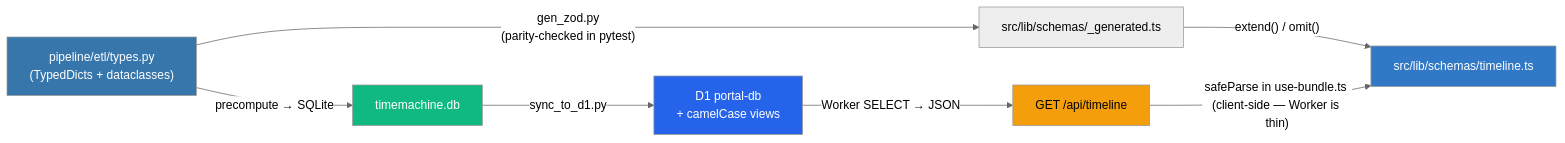
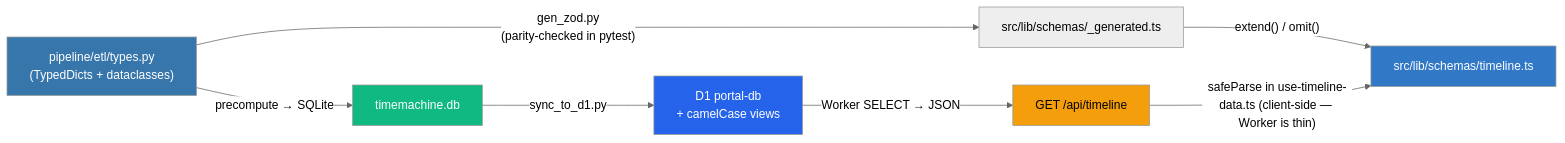
Before and after one commit to Guoyuer/portal: the third of 3 diagrams in README.md, drawn with Mermaid (neutral theme). The commit also changed other lines of this file and 2 other files, not shown here.

First line of the commit message:
docs: update diagrams + prose for the useBundle split

````diff
--- a/README.md
+++ b/README.md
@@ -271,15 +274,15 @@
 ```mermaid
 graph LR
     PY["pipeline/etl/types.py<br/>(TypedDicts + dataclasses)"] -->|"gen_zod.py<br/>(parity-checked in pytest)"| GEN["src/lib/schemas/_generated.ts"]
     PY -->|"precompute → SQLite"| DB["timemachine.db"]
     DB -->|"sync_to_d1.py"| D1["D1 portal-db<br/>+ camelCase views"]
     D1 -->|"Worker SELECT → JSON"| JSON["GET /api/timeline"]
     GEN -->|"extend() / omit()"| TS["src/lib/schemas/timeline.ts"]
-    JSON -->|"safeParse in use-bundle.ts (client-side — Worker is thin)"| TS
+    JSON -->|"safeParse in use-timeline-data.ts (client-side — Worker is thin)"| TS
 
     style PY fill:#3776ab,color:#fff
     style DB fill:#10b981,color:#fff
     style D1 fill:#2563eb,color:#fff
     style JSON fill:#f59e0b,color:#000
     style TS fill:#3178c6,color:#fff
 ```
````
